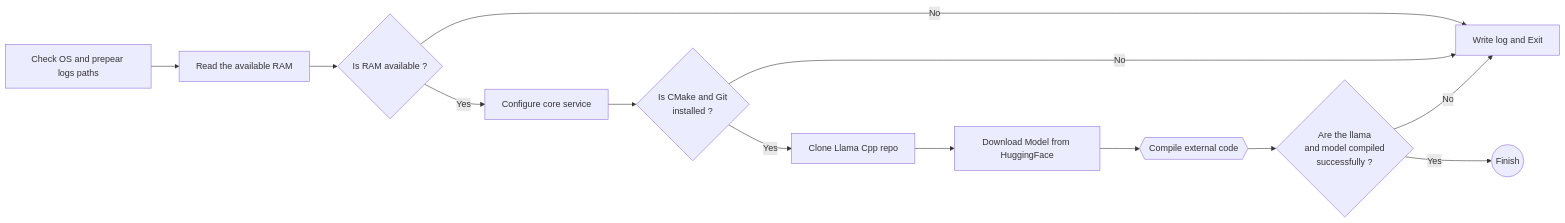
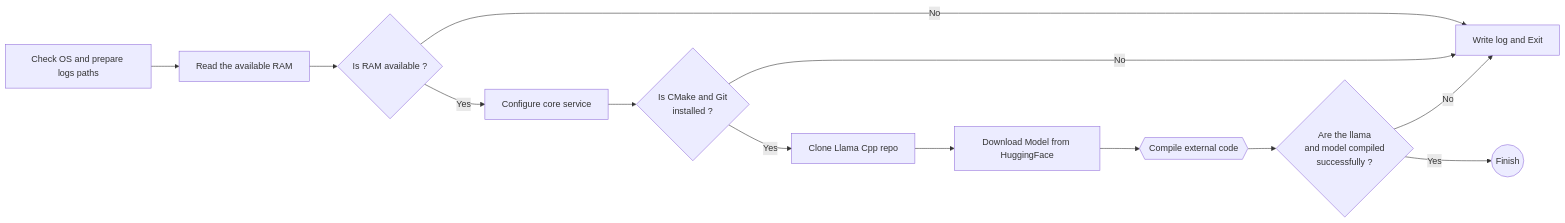
Before and after one commit to AgustinAllamanoCosta/Pulpero: the first of 2 diagrams in README.md, drawn with Mermaid. The commit also changed other lines of this file, not shown here.

````diff
--- a/README.md
+++ b/README.md
@@ -89,24 +89,24 @@
 ```mermaid
    flowchart LR
-      Start[Check OS and prepear logs paths]
+      Start[Check OS and prepare logs paths]
       Error[Write log and Exit]
       Core1[Configure core service]
       Core2[Clone Llama Cpp repo]
       Core3[Download Model from HuggingFace]
       Core4{{Compile external code}}
       De1{Is RAM available ?}
       De2{Is CMake and Git <br/>installed ?}
       De3{Are the llama <br/>and model compiled <br/>successfully ?}
       Stop((Finish))
       OS[Read the available RAM]
       Start-->OS
       OS-->De1
       De1-->|Yes| Core1
       De1-->|No| Error
       Core1-->De2
       De2-->|No| Error
       De2-->|Yes| Core2
       Core2-->Core3-->Core4-->De3
       De3-->|Yes| Stop
       De3-->|No| Error
 ```
````
